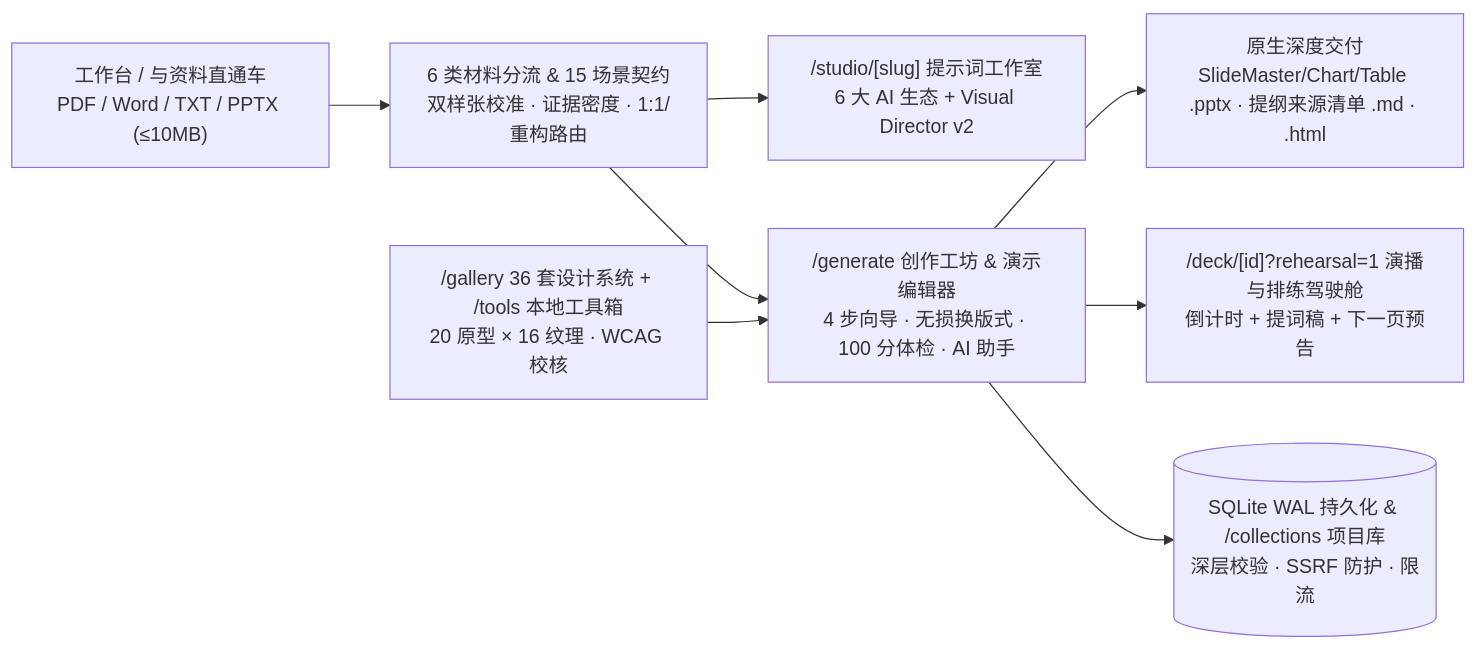
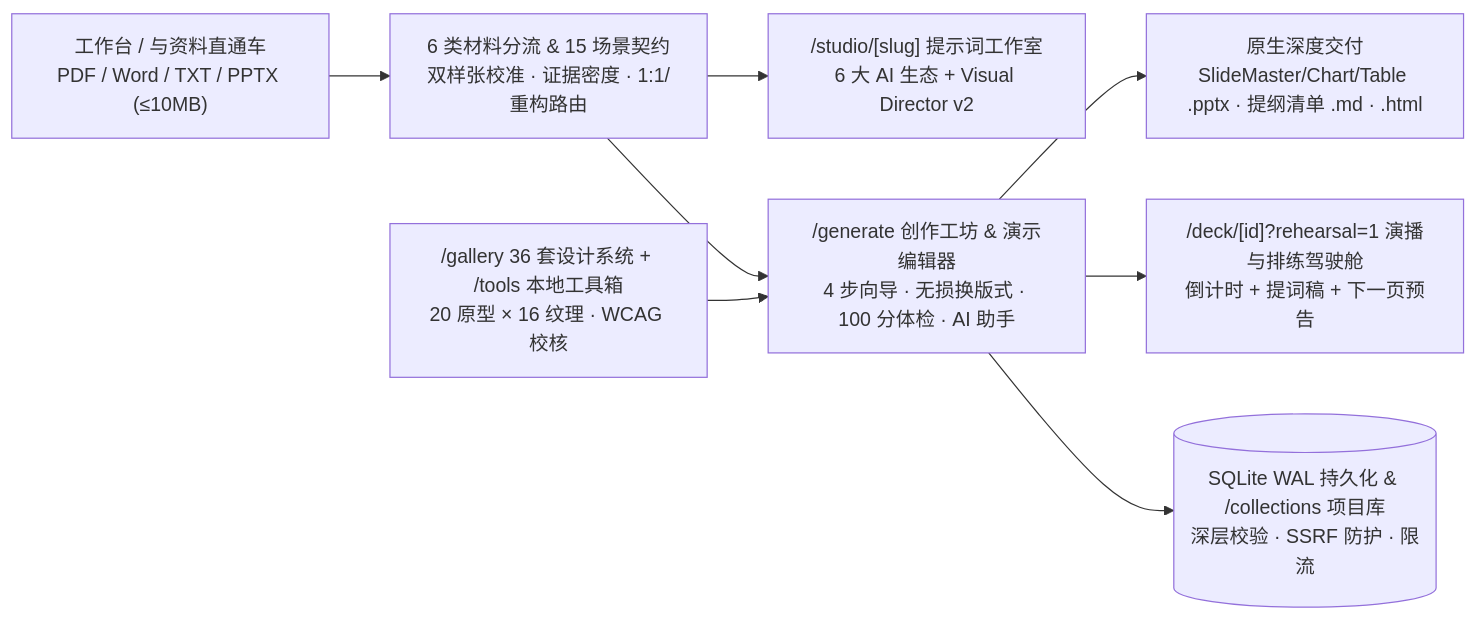
One commit to curtainchris233-hub/PPTGod changed the diagram in README.md. Above: the diagram before and after it, drawn with Mermaid. The commit also changed other lines of this file and 14 other files, not shown here.

Commit message:
chore: 清理冗余文件与旧截图，整理 docs 目录并重构 README 核心引擎解析 (#5)

````diff
--- a/README.md
+++ b/README.md
@@ -161,10 +154,10 @@
 ```mermaid
 flowchart LR
     D["工作台 / 与资料直通车\nPDF / Word / TXT / PPTX (≤10MB)"] --> A["6 类材料分流 & 15 场景契约\n双样张校准 · 证据密度 · 1:1/重构路由"]
     A --> C["/studio/[slug] 提示词工作室\n6 大 AI 生态 + Visual Director v2"]
     A --> E["/generate 创作工坊 & 演示编辑器\n4 步向导 · 无损换版式 · 100 分体检 · AI 助手"]
     B["/gallery 36 套设计系统 + /tools 本地工具箱\n20 原型 × 16 纹理 · WCAG 校核"] --> E
-    E --> F["原生深度交付\nSlideMaster/Chart/Table .pptx · 提纲来源清单 .md · .html"]
+    E --> F["原生深度交付\nSlideMaster/Chart/Table .pptx · 提纲清单 .md · .html"]
     E --> G["/deck/[id]?rehearsal=1 演播与排练驾驶舱\n倒计时 + 提词稿 + 下一页预告"]
     E --> H[("SQLite WAL 持久化 & /collections 项目库\n深层校验 · SSRF 防护 · 限流")]
 ```
````
